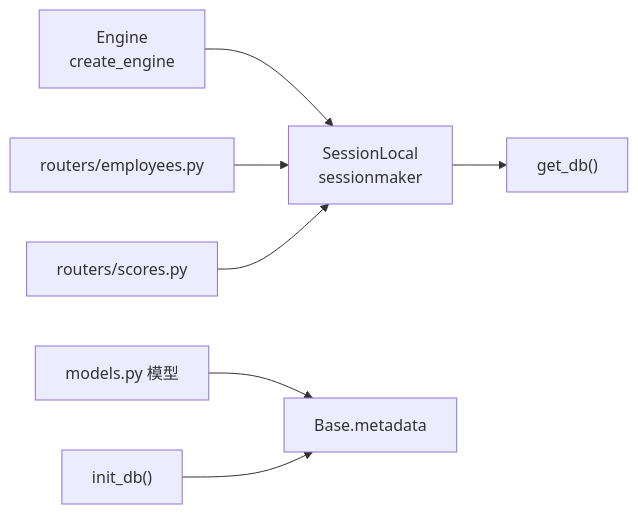
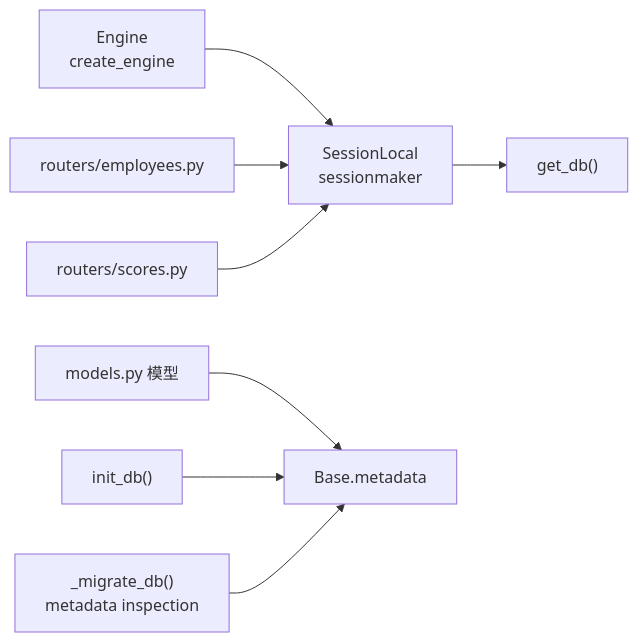
One commit to xgd561/performance_evaluation_system changed the third of 3 diagrams in .qoder/repowiki/zh/content/系统架构/数据库架构设计/ORM模型设计.md. Above: the diagram before and after it, drawn with Mermaid. The commit also changed other lines of this file and 136 other files, not shown here.

````diff
--- a/.qoder/repowiki/zh/content/系统架构/数据库架构设计/ORM模型设计.md
+++ b/.qoder/repowiki/zh/content/系统架构/数据库架构设计/ORM模型设计.md
@@ -300,9 +329,10 @@
 ```mermaid
 graph LR
 Engine["Engine<br/>create_engine"] --> SessionLocal["SessionLocal<br/>sessionmaker"]
 SessionLocal --> GetDB["get_db()"]
 Models["models.py 模型"] --> Metadata["Base.metadata"]
 InitDB["init_db()"] --> Metadata
+Migration["_migrate_db()<br/>metadata inspection"] --> Metadata
 R_Employees["routers/employees.py"] --> SessionLocal
 R_Scores["routers/scores.py"] --> SessionLocal
 ```
````
